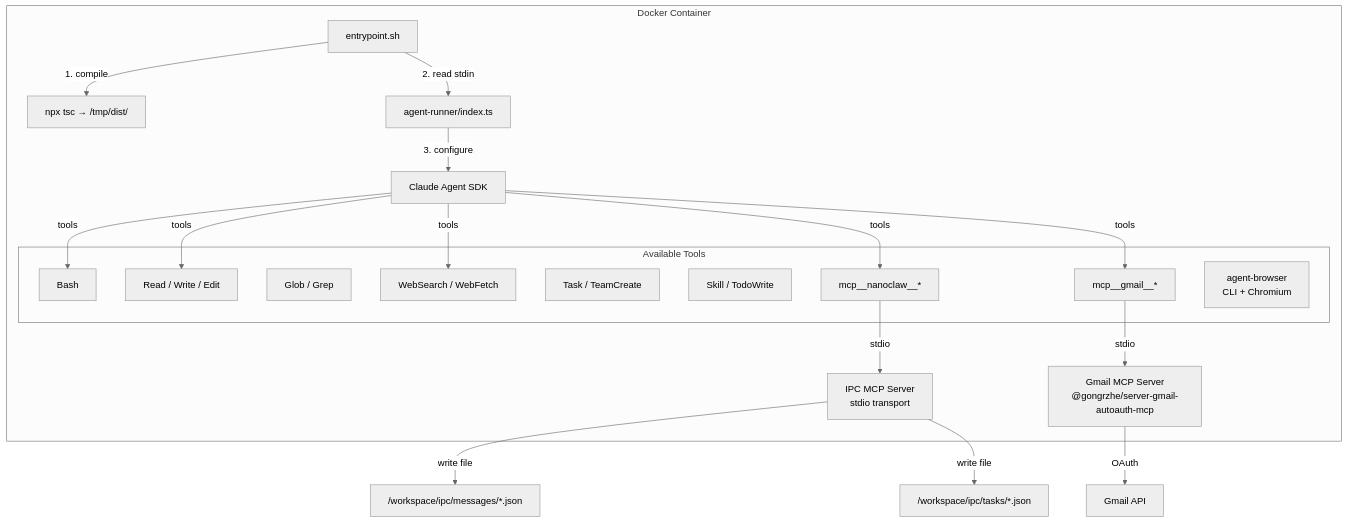
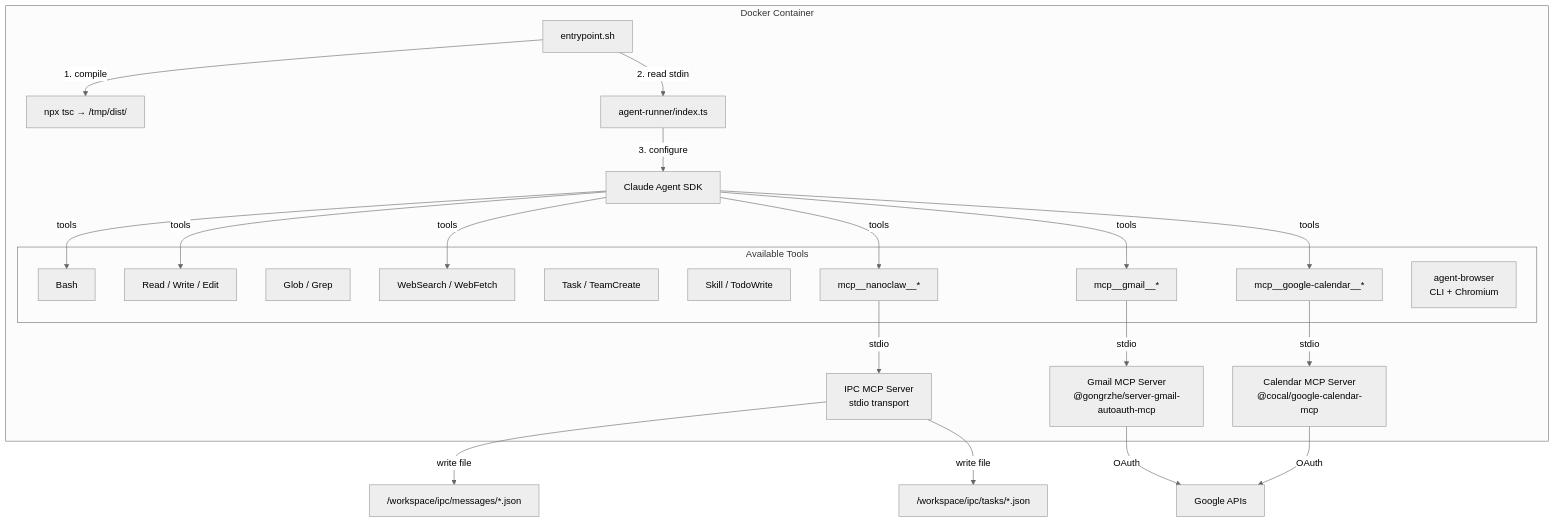
Before and after one commit to mtr/nanoclaw: the fifth of 13 diagrams in docs/ARCHITECTURE.md, drawn with Mermaid (neutral theme). The commit also changed other lines of this file, not shown here.

Commit message:
docs: add Google Calendar MCP server to architecture diagrams

````diff
--- a/docs/ARCHITECTURE.md
+++ b/docs/ARCHITECTURE.md
@@ -237,38 +243,43 @@
 ```mermaid
 graph TB
     subgraph "Docker Container"
         EP[entrypoint.sh]
         TSC["npx tsc → /tmp/dist/"]
         IDX[agent-runner/index.ts]
         SDK[Claude Agent SDK]
         MCP[IPC MCP Server<br/>stdio transport]
         GMAIL_MCP[Gmail MCP Server<br/>@gongrzhe/server-gmail-autoauth-mcp]
+        GCAL_MCP[Calendar MCP Server<br/>@cocal/google-calendar-mcp]
 
         subgraph "Available Tools"
             BASH[Bash]
             FILE[Read / Write / Edit]
             GLOB[Glob / Grep]
             WEB[WebSearch / WebFetch]
             TEAMS[Task / TeamCreate]
             SKILL[Skill / TodoWrite]
             NCMCP["mcp__nanoclaw__*"]
             GMCP["mcp__gmail__*"]
+            GCMCP["mcp__google-calendar__*"]
             AB[agent-browser<br/>CLI + Chromium]
         end
     end
 
     EP -->|1. compile| TSC
     EP -->|2. read stdin| IDX
     IDX -->|3. configure| SDK
     SDK -->|tools| BASH
     SDK -->|tools| FILE
     SDK -->|tools| WEB
     SDK -->|tools| NCMCP
     SDK -->|tools| GMCP
+    SDK -->|tools| GCMCP
     NCMCP -->|stdio| MCP
     GMCP -->|stdio| GMAIL_MCP
+    GCMCP -->|stdio| GCAL_MCP
 
     MCP -->|write file| IPC_MSG["/workspace/ipc/messages/*.json"]
     MCP -->|write file| IPC_TASK["/workspace/ipc/tasks/*.json"]
-    GMAIL_MCP -->|OAuth| GMAIL_API["Gmail API"]
+    GMAIL_MCP -->|OAuth| GOOGLE_API["Google APIs"]
+    GCAL_MCP -->|OAuth| GOOGLE_API
 ```
````
